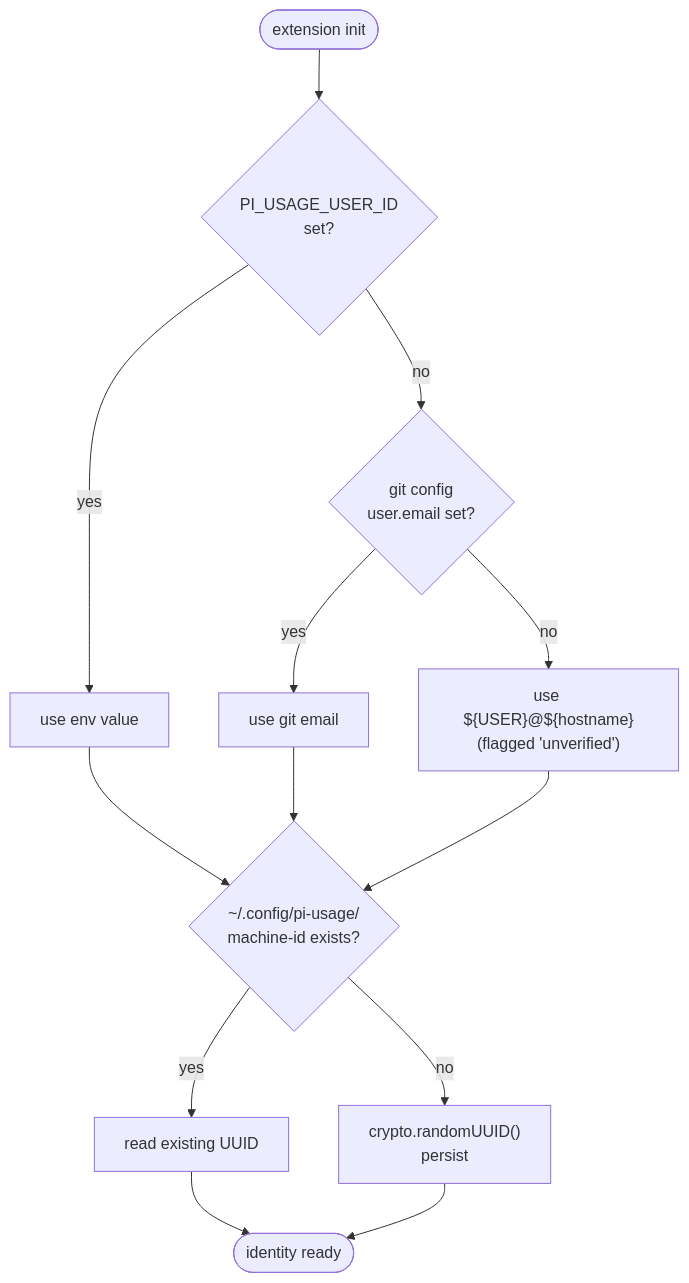
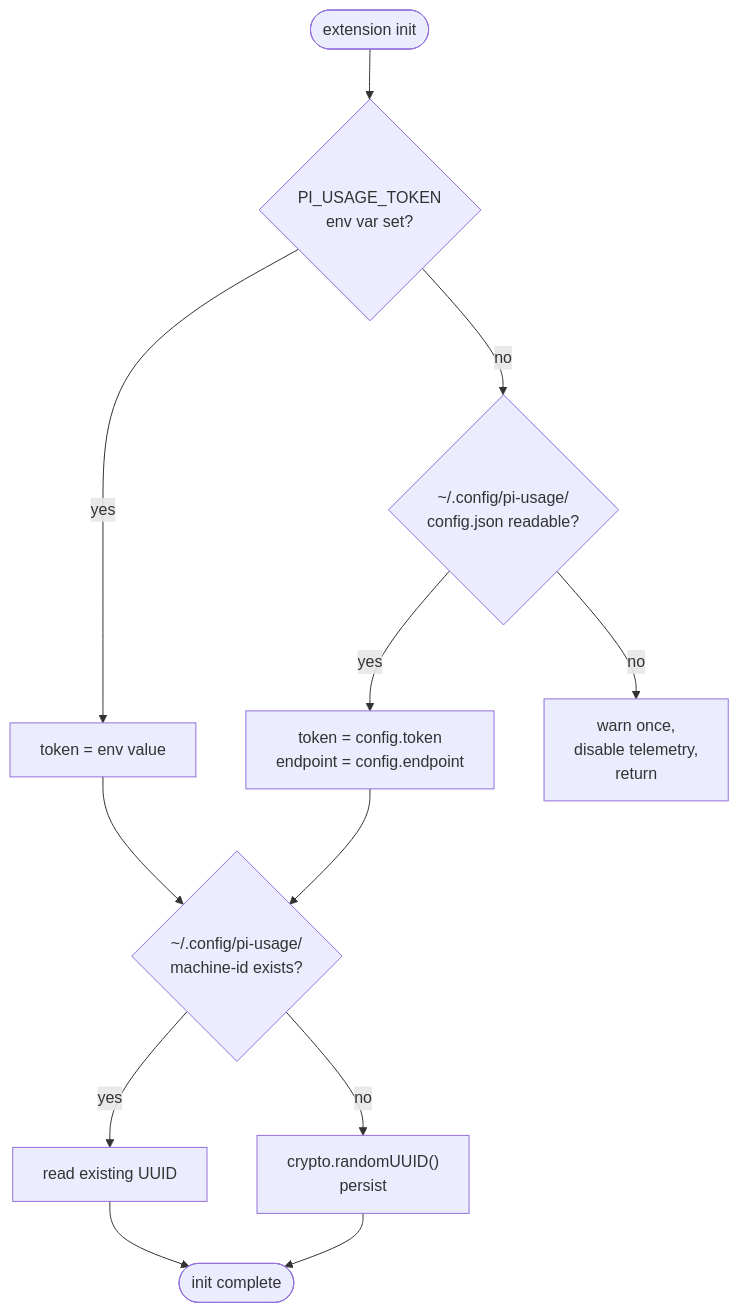
One commit to vilosource/pi-extensions changed the fifth of 13 diagrams in docs/design/pi-usage-reporter-DESIGN.md. Above: the diagram before and after it, drawn with Mermaid. The commit also changed other lines of this file and 2 other files, not shown here.

````diff
--- a/docs/design/pi-usage-reporter-DESIGN.md
+++ b/docs/design/pi-usage-reporter-DESIGN.md
@@ -419,16 +423,14 @@
 ```mermaid
 flowchart TB
-  start([extension init]) --> env{"PI_USAGE_USER_ID<br/>set?"}
-  env -->|yes| use_env["use env value"]
-  env -->|no| git{"git config<br/>user.email set?"}
-  git -->|yes| use_git["use git email"]
-  git -->|no| fallback["use ${USER}@${hostname}<br/>(flagged 'unverified')"]
-  use_env --> machine
-  use_git --> machine
-  fallback --> machine
-  machine{"~/.config/pi-usage/<br/>machine-id exists?"}
+  start([extension init]) --> env{"PI_USAGE_TOKEN<br/>env var set?"}
+  env -->|yes| use_env["token = env value"]
+  env -->|no| cfg{"~/.config/pi-usage/<br/>config.json readable?"}
+  cfg -->|yes| use_cfg["token = config.token<br/>endpoint = config.endpoint"]
+  cfg -->|no| disable["warn once,<br/>disable telemetry,<br/>return"]
+  use_env --> machine{"~/.config/pi-usage/<br/>machine-id exists?"}
+  use_cfg --> machine
   machine -->|yes| read["read existing UUID"]
   machine -->|no| create["crypto.randomUUID()<br/>persist"]
-  read --> done([identity ready])
+  read --> done([init complete])
   create --> done
 ```
````
